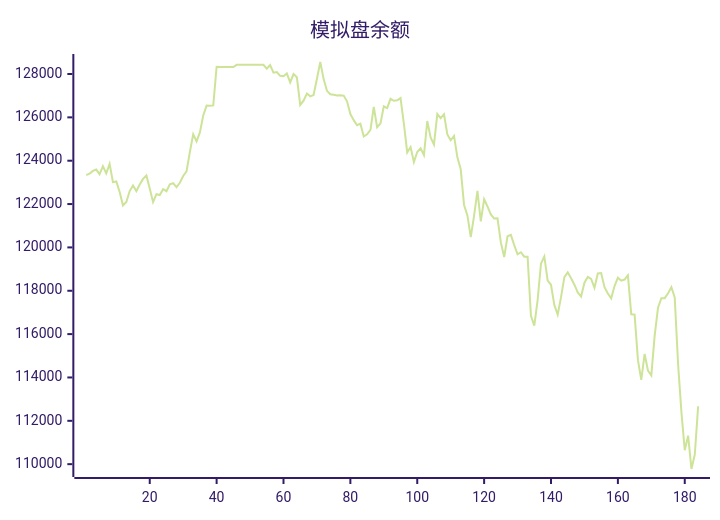
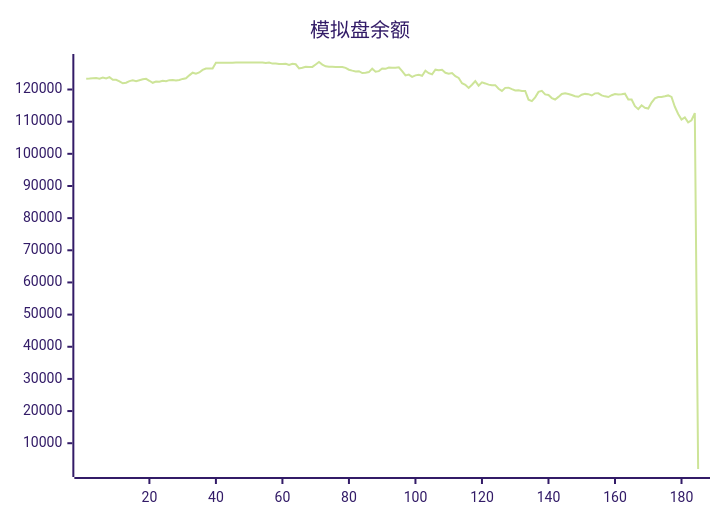
The diagram in README.md (aahl/ai-trading), drawn with Mermaid (forest theme) before and after one commit. The commit also changed other lines of this file and 1 other file, not shown here.

````diff
--- a/README.md
+++ b/README.md
@@ -5,5 +5,5 @@
 ```mermaid
 xychart
     title "模拟盘余额"
-    line [123338,123402,123530,123592,123378,123745,123413,123853,123009,123040,122557,121938,122095,122599,122856,122597,122898,123160,123319,122719,122087,122454,122416,122685,122592,122907,122961,122776,122981,123295,123507,124403,125224,124894,125303,126088,126544,126534,126549,128335,128318,128318,128318,128318,128318,128424,128424,128424,128424,128424,128424,128424,128424,128424,128247,128412,128062,128087,127917,127901,128026,127611,128000,127850,126572,126770,127100,126971,127029,127783,128554,127765,127224,127064,127044,127009,127025,127004,126738,126152,125871,125635,125707,125117,125217,125420,126480,125545,125715,126511,126424,126856,126764,126788,126890,125710,124381,124632,123936,124402,124574,124256,125833,125070,124739,126154,125966,126145,125213,124943,125143,124157,123604,121959,121476,120476,121470,122610,121201,122221,121889,121522,121332,121344,120232,119559,120513,120577,120108,119680,119777,119572,119568,116839,116392,117573,119250,119585,118469,118277,117338,116897,117706,118628,118849,118579,118280,117926,117735,118373,118639,118544,118136,118798,118819,118162,117874,117649,118215,118601,118463,118517,118713,116911,116899,114798,113887,115084,114313,114091,115934,117221,117658,117658,117883,118164,117693,114632,112403,110644,111313,109777,110444,112673]
+    line [123338,123402,123530,123592,123378,123745,123413,123853,123009,123040,122557,121938,122095,122599,122856,122597,122898,123160,123319,122719,122087,122454,122416,122685,122592,122907,122961,122776,122981,123295,123507,124403,125224,124894,125303,126088,126544,126534,126549,128335,128318,128318,128318,128318,128318,128424,128424,128424,128424,128424,128424,128424,128424,128424,128247,128412,128062,128087,127917,127901,128026,127611,128000,127850,126572,126770,127100,126971,127029,127783,128554,127765,127224,127064,127044,127009,127025,127004,126738,126152,125871,125635,125707,125117,125217,125420,126480,125545,125715,126511,126424,126856,126764,126788,126890,125710,124381,124632,123936,124402,124574,124256,125833,125070,124739,126154,125966,126145,125213,124943,125143,124157,123604,121959,121476,120476,121470,122610,121201,122221,121889,121522,121332,121344,120232,119559,120513,120577,120108,119680,119777,119572,119568,116839,116392,117573,119250,119585,118469,118277,117338,116897,117706,118628,118849,118579,118280,117926,117735,118373,118639,118544,118136,118798,118819,118162,117874,117649,118215,118601,118463,118517,118713,116911,116899,114798,113887,115084,114313,114091,115934,117221,117658,117658,117883,118164,117693,114632,112403,110644,111313,109777,110444,112673,1984]
 ```
````
